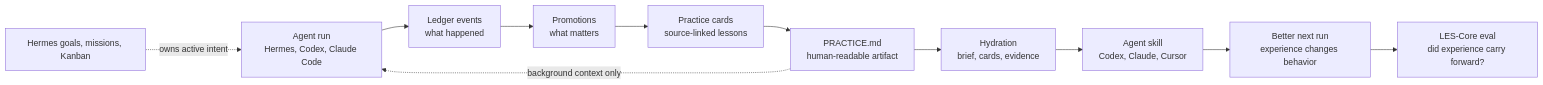
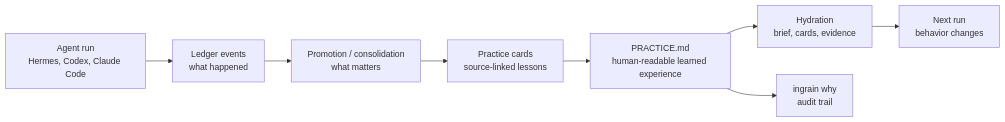
Before and after one commit to aeonik-ai/ingrain: the diagram in README.md, drawn with Mermaid. The commit also changed other lines of this file and 3 other files, not shown here.

````diff
--- a/README.md
+++ b/README.md
@@ -377,14 +144,10 @@
 ```mermaid
 flowchart LR
     A["Agent run<br/>Hermes, Codex, Claude Code"] --> B["Ledger events<br/>what happened"]
-    B --> C["Promotions<br/>what matters"]
+    B --> C["Promotion / consolidation<br/>what matters"]
     C --> D["Practice cards<br/>source-linked lessons"]
-    D --> E["PRACTICE.md<br/>human-readable artifact"]
+    D --> E["PRACTICE.md<br/>human-readable learned experience"]
     E --> F["Hydration<br/>brief, cards, evidence"]
-    F --> S["Agent skill<br/>Codex, Claude, Cursor"]
-    S --> G["Better next run<br/>experience changes behavior"]
-    G --> H2["LES-Core eval<br/>did experience carry forward?"]
-
-    H["Hermes goals, missions, Kanban"] -. "owns active intent" .-> A
-    E -. "background context only" .-> A
+    F --> G["Next run<br/>behavior changes"]
+    E --> H["ingrain why<br/>audit trail"]
 ```
````
